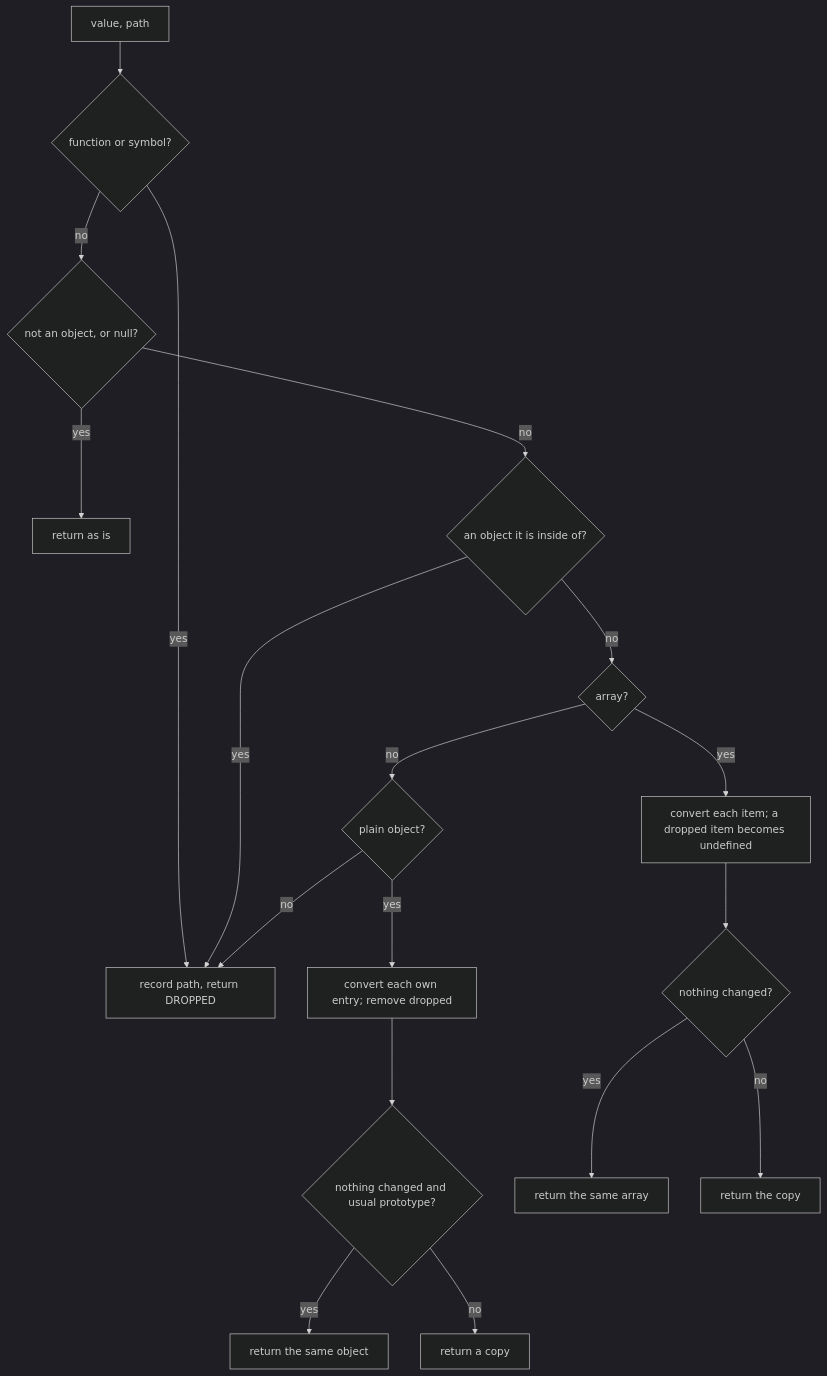
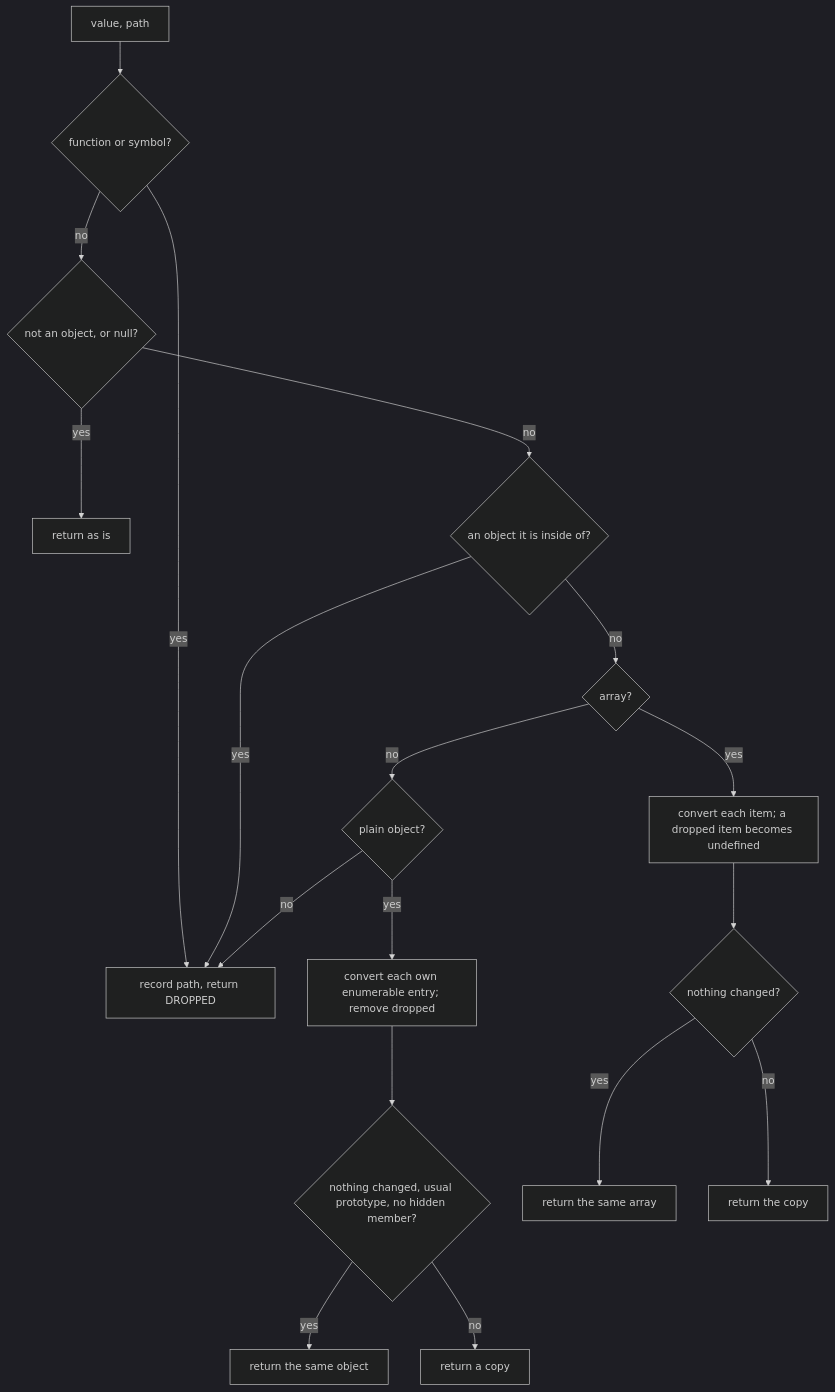
The diagram in packages/react/src/plainTheme.md (soroush-tech/umber-style), drawn with Mermaid (dark theme) before and after one commit. The commit also changed other lines of this file and 25 other files, not shown here.

Commit message:
fix(react): a theme with hidden members crosses from a server provider as a plain object, and the browser keeps the base theme's helpers only where the raw values match - close #81

````diff
--- a/packages/react/src/plainTheme.md
+++ b/packages/react/src/plainTheme.md
@@ -22,20 +25,20 @@
 ```mermaid
 flowchart TD
   value["value, path"] --> kind{"function or symbol?"}
   kind -->|yes| drop["record path, return DROPPED"]
   kind -->|no| prim{"not an object, or null?"}
   prim -->|yes| keep["return as is"]
   prim -->|no| cyc{"an object it is inside of?"}
   cyc -->|yes| drop
   cyc -->|no| arr{"array?"}
   arr -->|yes| items["convert each item; a dropped item becomes undefined"]
   arr -->|no| plain{"plain object?"}
   plain -->|no| drop
-  plain -->|yes| entries["convert each own entry; remove dropped"]
+  plain -->|yes| entries["convert each own enumerable entry; remove dropped"]
   items --> same{"nothing changed?"}
-  entries --> same2{"nothing changed and usual prototype?"}
+  entries --> same2{"nothing changed, usual prototype, no hidden member?"}
   same -->|yes| orig["return the same array"]
   same -->|no| copy["return the copy"]
   same2 -->|yes| orig2["return the same object"]
   same2 -->|no| copy2["return a copy"]
 ```
````
